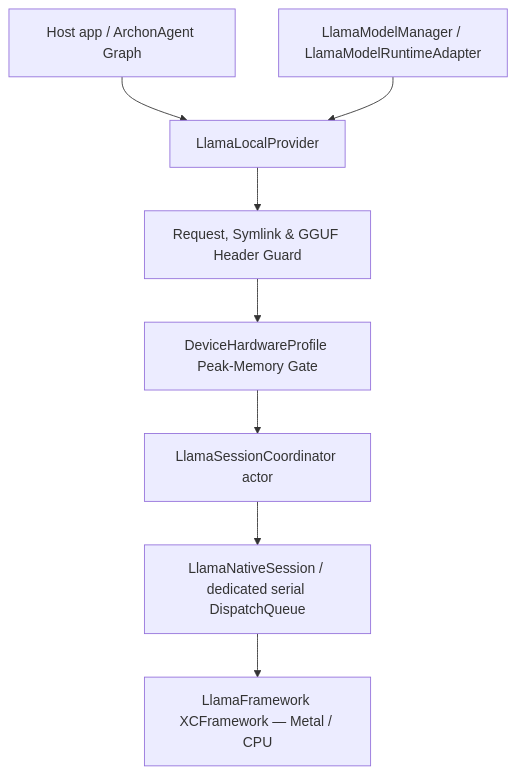
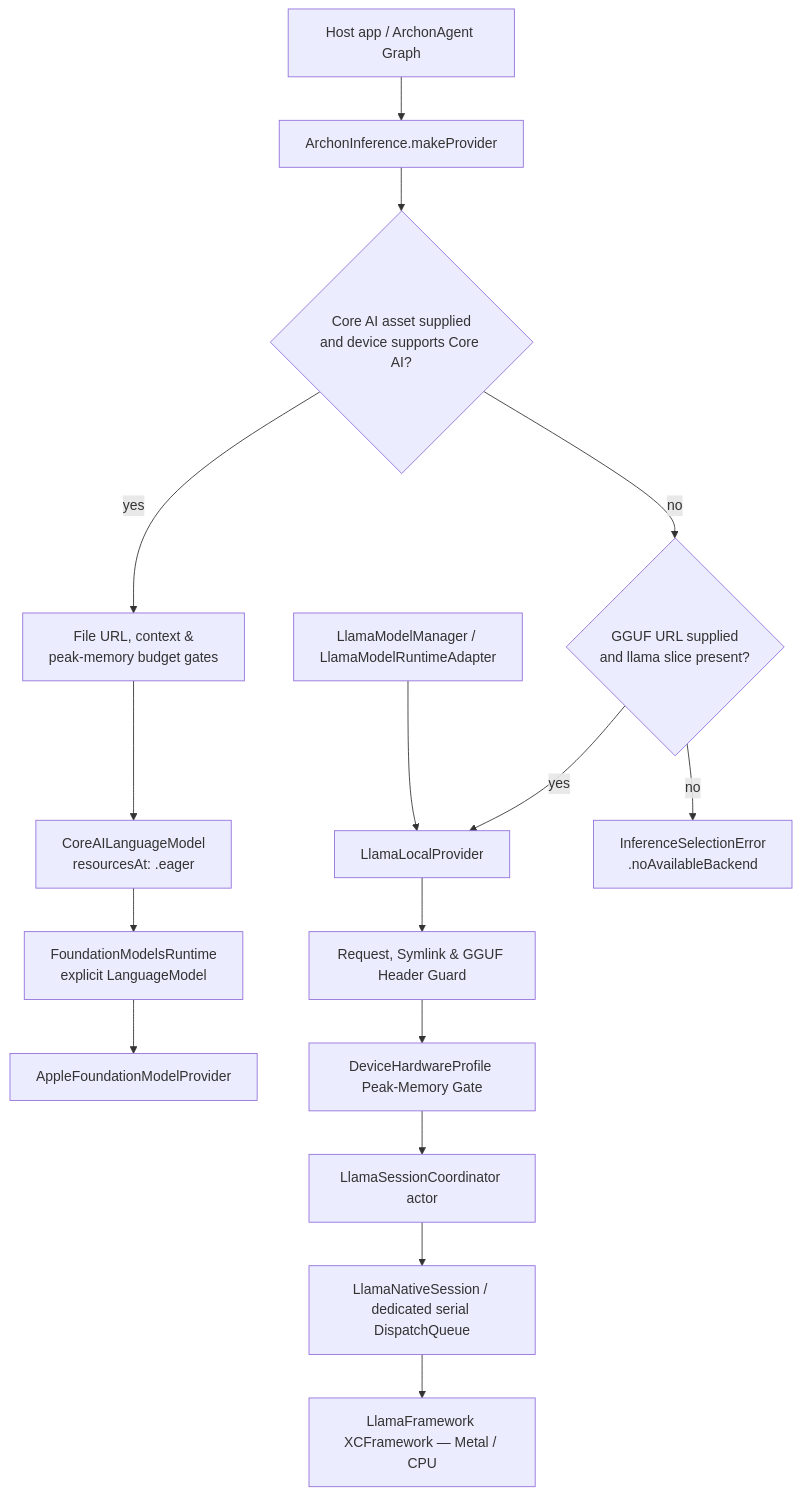
Before and after one commit to VM451/ArchonKit: the diagram in Documentation/diagrams/archon-inference.md, drawn with Mermaid. The commit also changed other lines of this file and 1 other file, not shown here.

Commit message:
docs(inference-diagram): show backend selection flow

````diff
--- a/Documentation/diagrams/archon-inference.md
+++ b/Documentation/diagrams/archon-inference.md
@@ -8,10 +9,18 @@
 ```mermaid
 flowchart TD
-    Host[Host app / ArchonAgent Graph] --> Provider[LlamaLocalProvider]
+    Host[Host app / ArchonAgent Graph] --> Select[ArchonInference.makeProvider]
+    Select --> CoreAIGate{Core AI asset supplied<br/>and device supports Core AI?}
+    CoreAIGate -->|yes| Validate[File URL, context &<br/>peak-memory budget gates]
+    Validate --> Eager[CoreAILanguageModel<br/>resourcesAt: .eager]
+    Eager --> FMRuntime[FoundationModelsRuntime<br/>explicit LanguageModel]
+    FMRuntime --> FMProvider[AppleFoundationModelProvider]
+    CoreAIGate -->|no| GGUF{GGUF URL supplied<br/>and llama slice present?}
+    GGUF -->|yes| Provider[LlamaLocalProvider]
+    GGUF -->|no| Fail[InferenceSelectionError<br/>.noAvailableBackend]
     Provider --> Guard[Request, Symlink & GGUF Header Guard]
     Guard --> Budget[DeviceHardwareProfile Peak-Memory Gate]
     Budget --> Coord[LlamaSessionCoordinator actor]
     Coord --> Native[LlamaNativeSession / dedicated serial DispatchQueue]
     Native --> XCF[LlamaFramework XCFramework — Metal / CPU]
     Manager[LlamaModelManager / LlamaModelRuntimeAdapter] --> Provider
 ```
````
